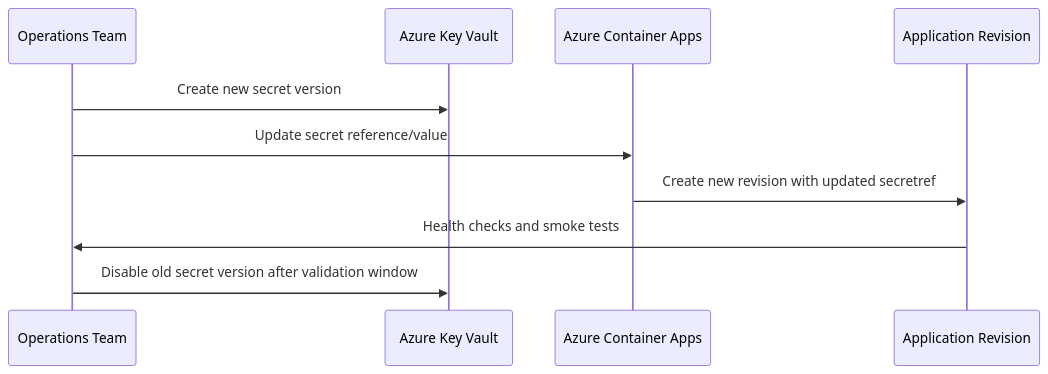
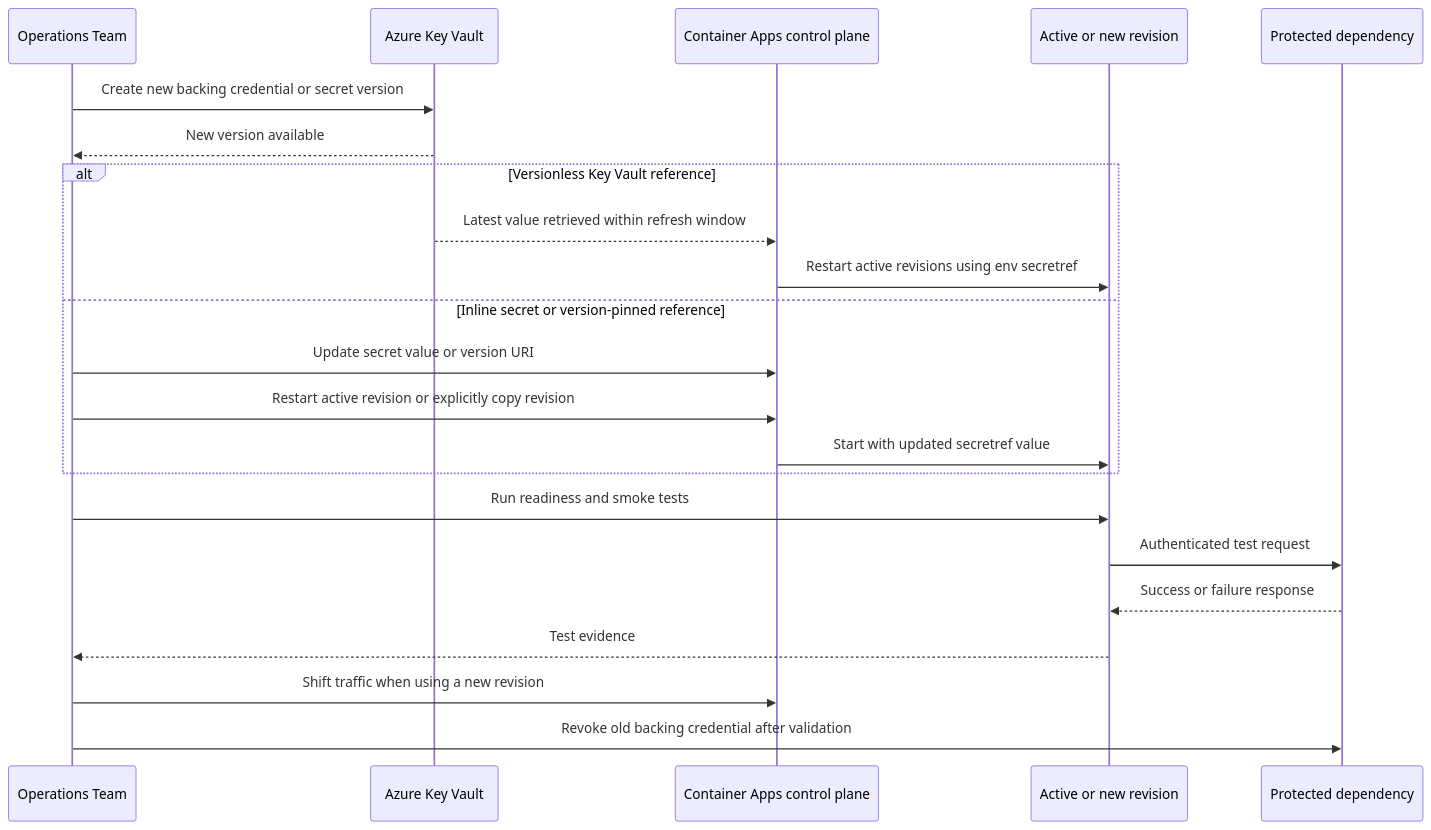
The diagram in docs/operations/secret-rotation/index.md (yeongseon/azure-container-apps-practical-guide), drawn with Mermaid before and after one commit. The commit also changed other lines of this file and 6 other files, not shown here.

First line of the commit message:
docs(diagrams): migrate the Container Apps identity and image security guidance diagrams (#607)

````diff
--- a/docs/operations/secret-rotation/index.md
+++ b/docs/operations/secret-rotation/index.md
@@ -97,12 +133,26 @@
 ```mermaid
 sequenceDiagram
+    accTitle: Secret rotation, refresh, validation, and retirement
+    accDescr: Operations creates a new credential in Key Vault. The Container Apps control plane refreshes a versionless Key Vault reference and restarts active revisions that consume it as an environment variable. An inline secret or version-pinned reference requires an explicit app-level update followed by a revision restart or an explicit revision copy. Operations tests the restarted or copied revision before the control plane shifts traffic and before revoking the old credential.
     participant Ops as Operations Team
     participant KV as Azure Key Vault
-    participant ACA as Azure Container Apps
-    participant App as Application Revision
-    Ops->>KV: Create new secret version
-    Ops->>ACA: Update secret reference/value
-    ACA->>App: Create new revision with updated secretref
-    App->>Ops: Health checks and smoke tests
-    Ops->>KV: Disable old secret version after validation window
+    participant ACA as Container Apps control plane
+    participant Rev as Active or new revision
+    participant Dep as Protected dependency
+    Ops->>KV: Create new backing credential or secret version
+    KV-->>Ops: New version available
+    alt Versionless Key Vault reference
+        KV-->>ACA: Latest value retrieved within refresh window
+        ACA->>Rev: Restart active revisions using env secretref
+    else Inline secret or version-pinned reference
+        Ops->>ACA: Update secret value or version URI
+        Ops->>ACA: Restart active revision or explicitly copy revision
+        ACA->>Rev: Start with updated secretref value
+    end
+    Ops->>Rev: Run readiness and smoke tests
+    Rev->>Dep: Authenticated test request
+    Dep-->>Rev: Success or failure response
+    Rev-->>Ops: Test evidence
+    Ops->>ACA: Shift traffic when using a new revision
+    Ops->>Dep: Revoke old backing credential after validation
 ```
````
